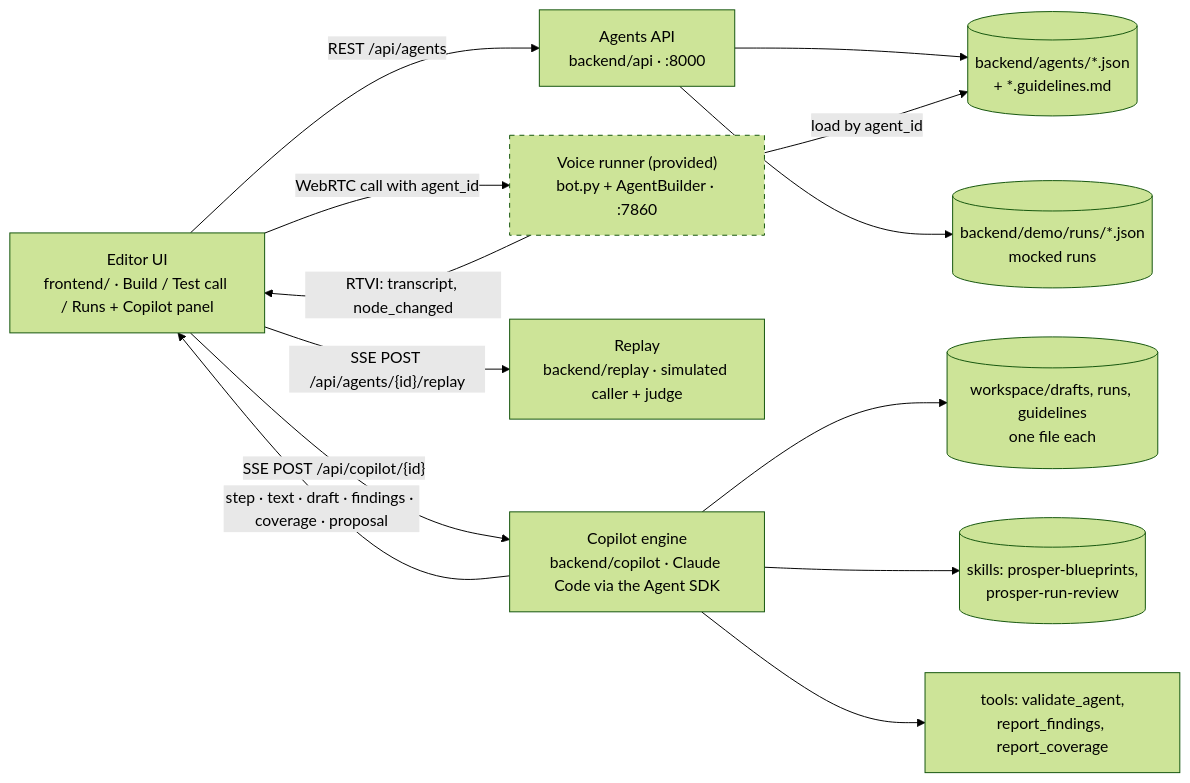
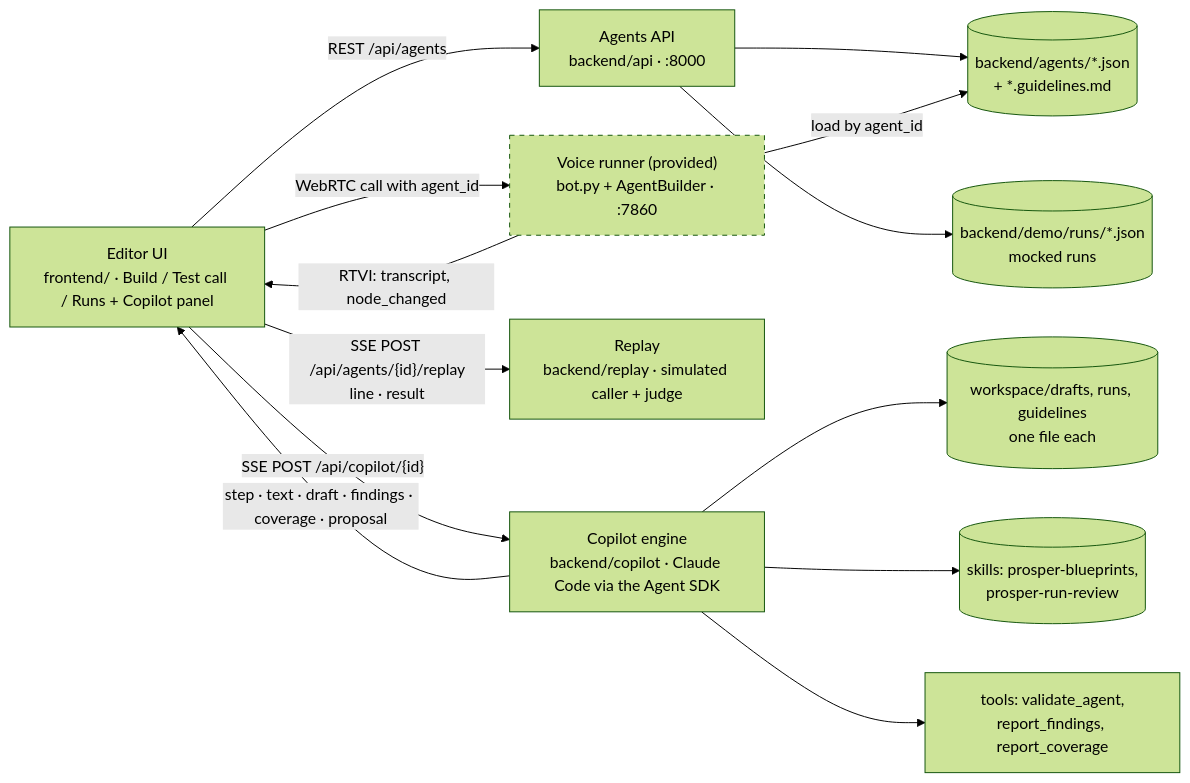
One commit to BorjaRuizdelgado/prosper-challenge-agent-copilot changed the diagram in solution.md. Above: the diagram before and after it, drawn with Mermaid (forest theme). The commit also changed other lines of this file and 22 other files, not shown here.

````diff
--- a/solution.md
+++ b/solution.md
@@ -29,29 +29,29 @@
 ```mermaid
 flowchart LR
     UI["Editor UI<br/>frontend/ · Build / Test call / Runs + Copilot panel"]
     API["Agents API<br/>backend/api · :8000"]
     Files[("backend/agents/*.json<br/>+ *.guidelines.md")]
     Runs[("backend/demo/runs/*.json<br/>mocked runs")]
     Copilot["Copilot engine<br/>backend/copilot · Claude Code via the Agent SDK"]
     Draft[("workspace/drafts, runs, guidelines<br/>one file each")]
     Skills[("skills: prosper-blueprints,<br/>prosper-run-review")]
     Tools["tools: validate_agent,<br/>report_findings, report_coverage"]
     Replay["Replay<br/>backend/replay · simulated caller + judge"]
     Runner["Voice runner (provided)<br/>bot.py + AgentBuilder · :7860"]
 
     UI -- "REST /api/agents" --> API
     API --> Files
     API --> Runs
     UI -- "SSE POST /api/copilot/{id}" --> Copilot
     Copilot --> Draft
     Copilot --> Skills
     Copilot --> Tools
     Copilot -- "step · text · draft · findings · coverage · proposal" --> UI
-    UI -- "SSE POST /api/agents/{id}/replay" --> Replay
+    UI -- "SSE POST /api/agents/{id}/replay<br/>line · result" --> Replay
     UI -- "WebRTC call with agent_id" --> Runner
     Runner -- "load by agent_id" --> Files
     Runner -- "RTVI: transcript, node_changed" --> UI
 
     classDef provided stroke-dasharray: 5 5
     class Runner provided
 ```
````
